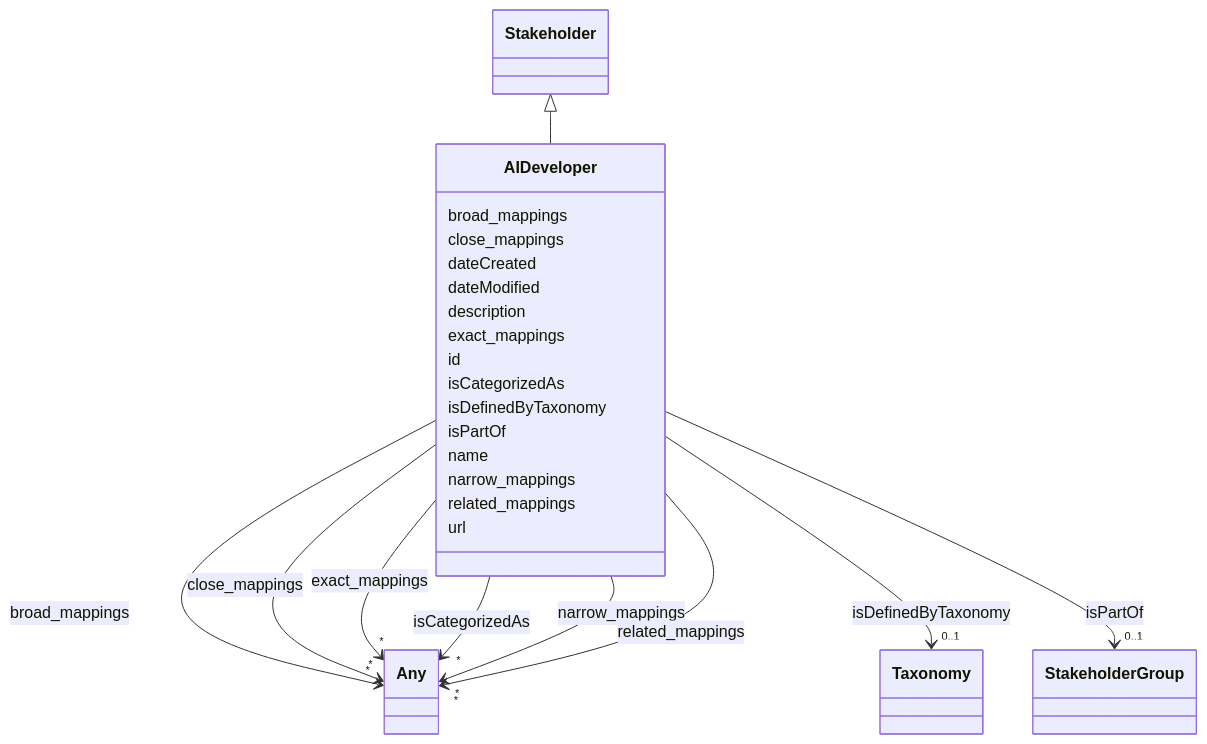
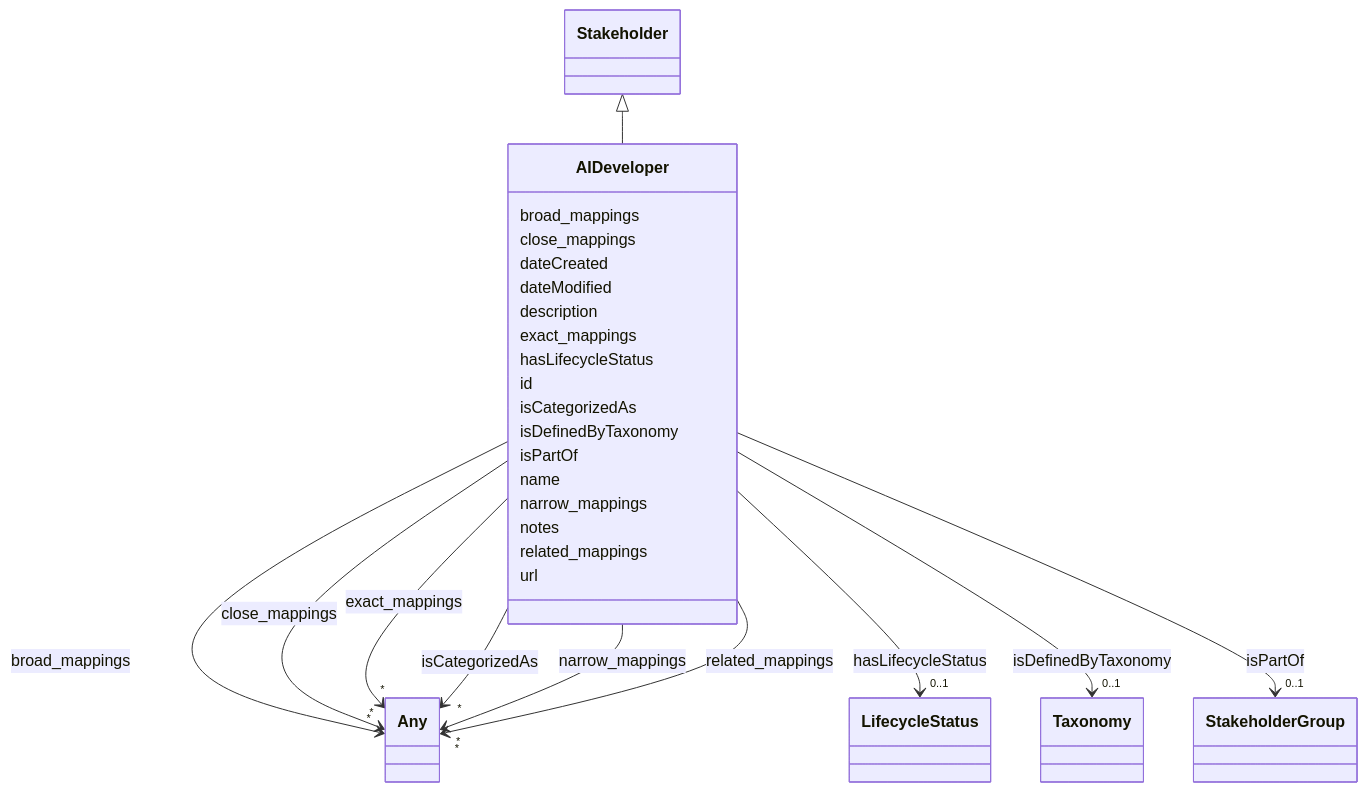
Before and after one commit to ingelise/risk-atlas-nexus: the diagram in docs/ontology/AIDeveloper.md, drawn with Mermaid. The commit also changed other lines of this file and 190 other files, not shown here.

```diff
--- a/docs/ontology/AIDeveloper.md
+++ b/docs/ontology/AIDeveloper.md
@@ -54,6 +54,17 @@
 
         AIDeveloper --> "*" Any : exact_mappings
         click Any href "../Any/"
+
+
+
+      AIDeveloper : hasLifecycleStatus
+
+
+
+
+
+        AIDeveloper --> "0..1" LifecycleStatus : hasLifecycleStatus
+        click LifecycleStatus href "../LifecycleStatus/"
 
 
 
@@ -105,6 +116,8 @@
 
 
 
+      AIDeveloper : notes
+
       AIDeveloper : related_mappings
 
 
```
